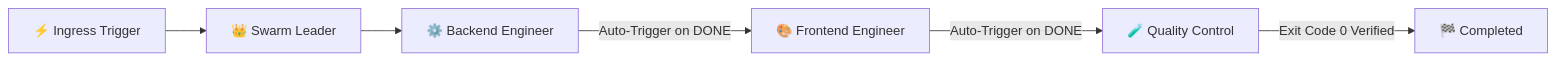
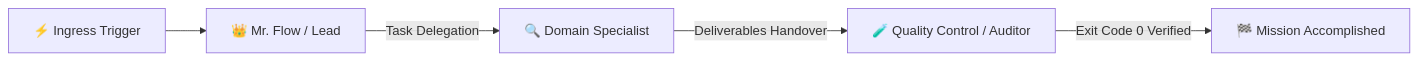
Before and after one commit to flowork-os/FLOWORK-AGENT: the diagram in macos/swarmflow/README.md, drawn with Mermaid. The commit also changed other lines of this file and 110 other files, not shown here.

Commit message:
release: sovereign multi-OS update from flowork SSOT (2026-10-28 00:38:53)

````diff
--- a/macos/swarmflow/README.md
+++ b/macos/swarmflow/README.md
@@ -116,8 +189,7 @@
 ```mermaid
 graph LR
-    A[⚡ Ingress Trigger] --> B[👑 Swarm Leader]
-    B --> C[⚙️ Backend Engineer]
-    C -->|Auto-Trigger on DONE| D[🎨 Frontend Engineer]
-    D -->|Auto-Trigger on DONE| E[🧪 Quality Control]
-    E -->|Exit Code 0 Verified| F[🏁 Completed]
+    A[⚡ Ingress Trigger] --> B[👑 Mr. Flow / Lead]
+    B -->|Task Delegation| C[🔍 Domain Specialist]
+    C -->|Deliverables Handover| D[🧪 Quality Control / Auditor]
+    D -->|Exit Code 0 Verified| E[🏁 Mission Accomplished]
 ```
````
